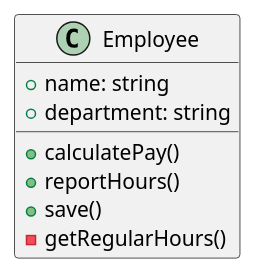
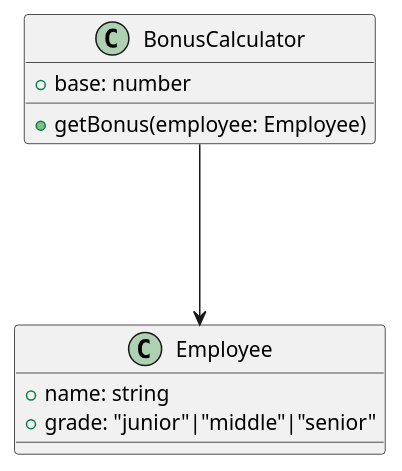
The diagram in SOLID/OCP/bad.pu (oshou/design-pattern), drawn with PlantUML before and after one commit. The commit also changed 3 other files, not shown here.

```diff
--- a/SOLID/OCP/bad.pu
+++ b/SOLID/OCP/bad.pu
@@ -1,10 +1,15 @@
 @startuml
+
+class BonusCalculator {
+  +base: number
+  +getBonus(employee: Employee)
+}
+
 class Employee {
   +name: string
-  +department: string
-  +calculatePay()
-  +reportHours()
-  +save()
-  -getRegularHours()
+  +grade: "junior"|"middle"|"senior"
 }
+
+BonusCalculator ---> Employee
+
 @enduml
```
